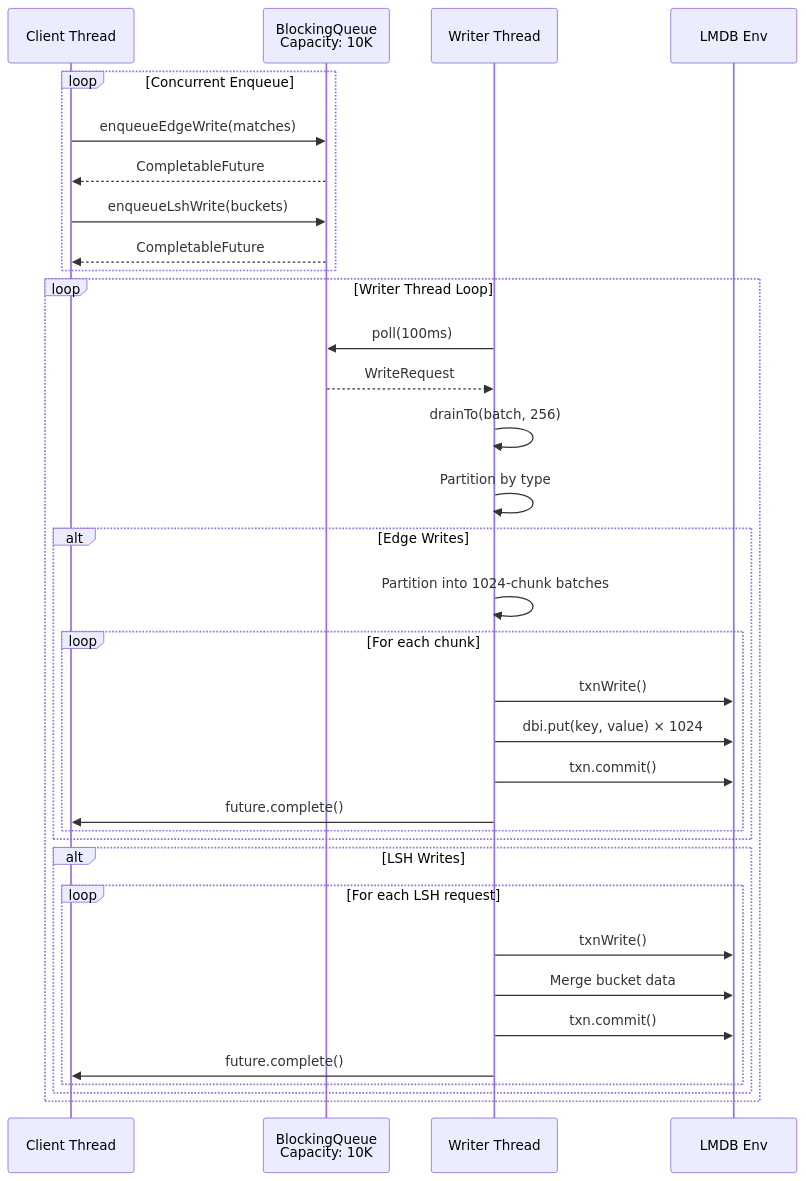
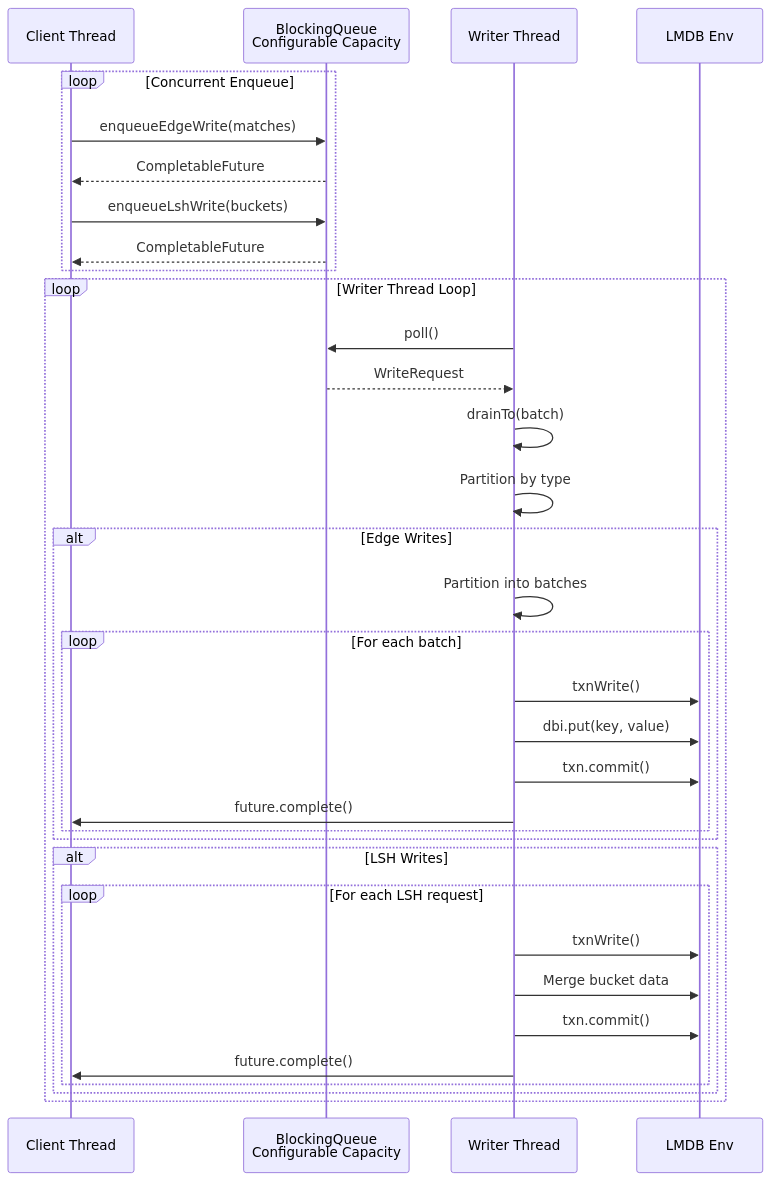
Before and after one commit to kagit00/schedule_x: diagram 19 of 25 in docs/Low Level Designs/ScheduledPotentialMatchesCreation.md, drawn with Mermaid. The commit also changed other lines of this file and 7 other files, not shown here.

````diff
--- a/docs/Low Level Designs/ScheduledPotentialMatchesCreation.md
+++ b/docs/Low Level Designs/ScheduledPotentialMatchesCreation.md
@@ -1184,41 +811,41 @@
 ```mermaid
 sequenceDiagram
     participant Client as Client Thread
-    participant Queue as BlockingQueue<br/>Capacity: 10K
+    participant Queue as BlockingQueue<br/>Configurable Capacity
     participant Writer as Writer Thread
     participant LMDB as LMDB Env
-    
+   
     loop Concurrent Enqueue
         Client->>Queue: enqueueEdgeWrite(matches)
         Queue-->>Client: CompletableFuture
         Client->>Queue: enqueueLshWrite(buckets)
         Queue-->>Client: CompletableFuture
     end
-    
+   
     loop Writer Thread Loop
-        Writer->>Queue: poll(100ms)
+        Writer->>Queue: poll()
         Queue-->>Writer: WriteRequest
-        
-        Writer->>Writer: drainTo(batch, 256)
+       
+        Writer->>Writer: drainTo(batch)
         Writer->>Writer: Partition by type
-        
+       
         alt Edge Writes
-            Writer->>Writer: Partition into 1024-chunk batches
-            loop For each chunk
+            Writer->>Writer: Partition into batches
+            loop For each batch
                 Writer->>LMDB: txnWrite()
-                Writer->>LMDB: dbi.put(key, value) × 1024
+                Writer->>LMDB: dbi.put(key, value)
                 Writer->>LMDB: txn.commit()
                 Writer->>Client: future.complete()
             end
         end
-        
+       
         alt LSH Writes
             loop For each LSH request
                 Writer->>LMDB: txnWrite()
                 Writer->>LMDB: Merge bucket data
                 Writer->>LMDB: txn.commit()
                 Writer->>Client: future.complete()
             end
         end
     end
 ```
````
